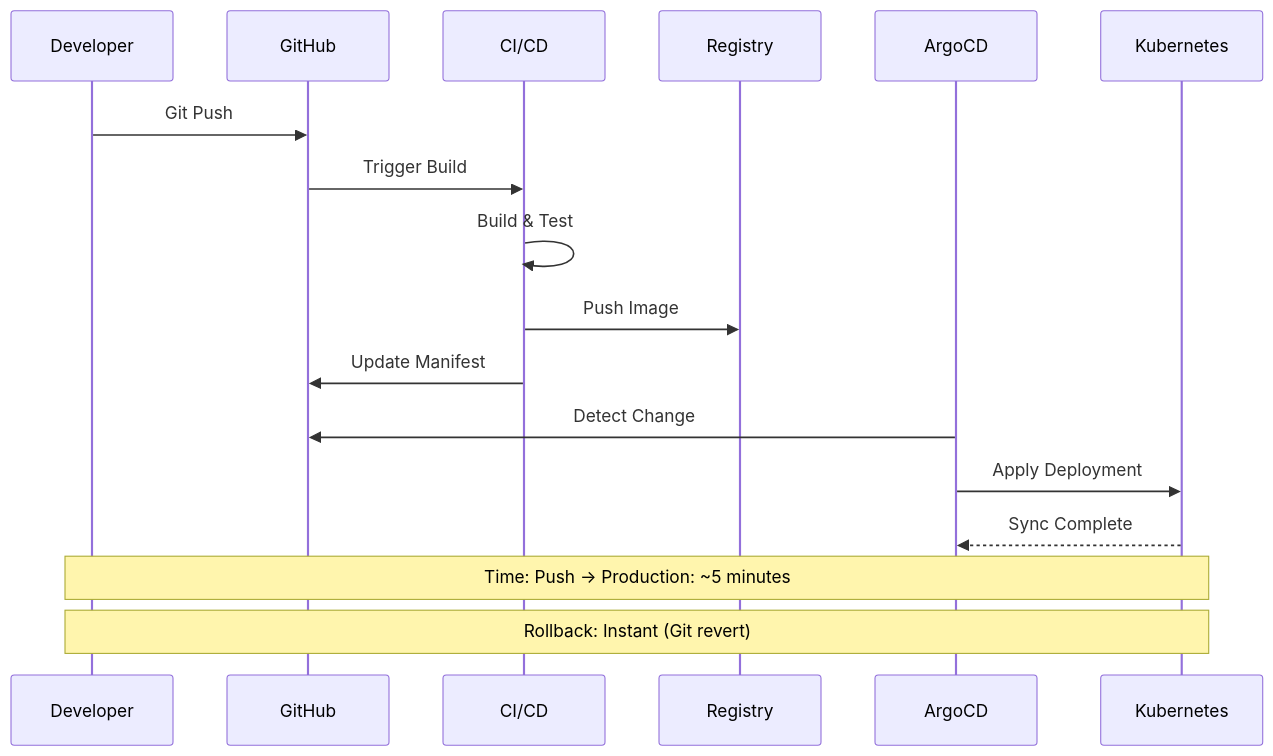
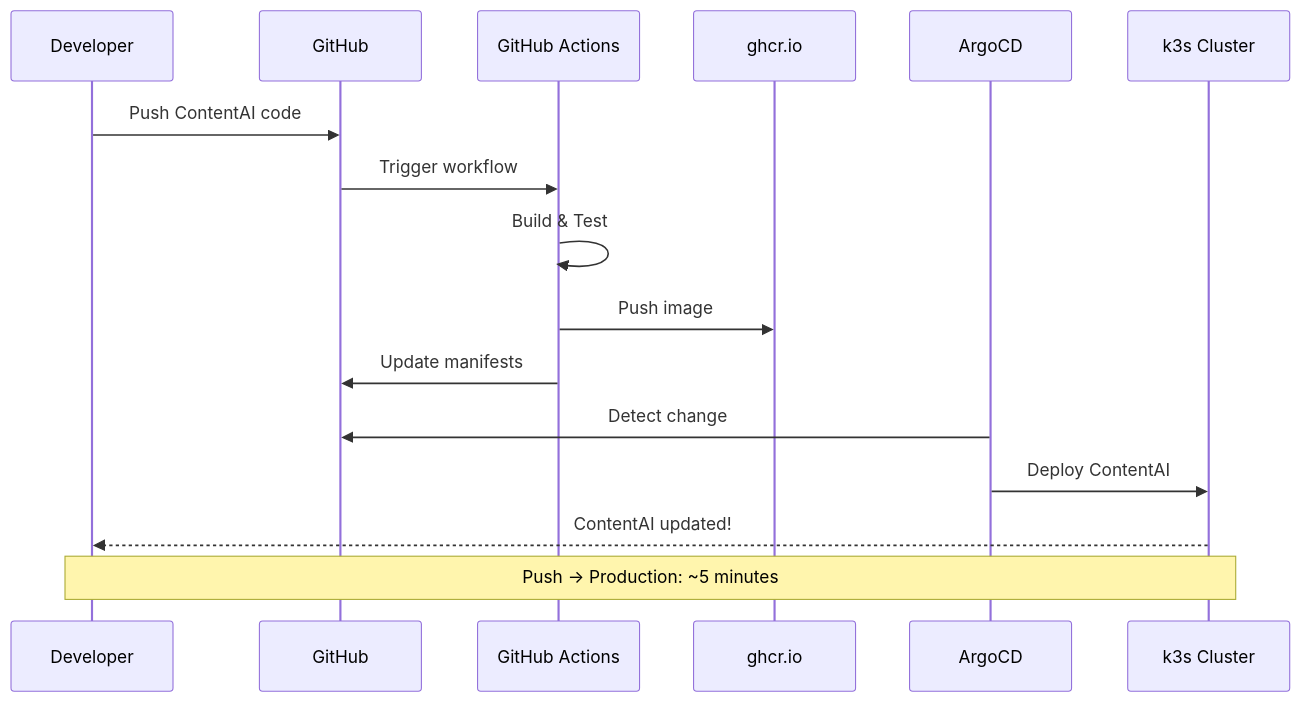
Before and after one commit to PearlThoughtsInternship/Internship-Obsidian-Vault: the sixth of 9 diagrams in DevOps/01-Product/03-Capabilities.md, drawn with Mermaid. The commit also changed other lines of this file and 1 other file, not shown here.

First line of the commit message:
Rewrite Capabilities and Target Architecture with ContentAI focus

````diff
--- a/DevOps/01-Product/03-Capabilities.md
+++ b/DevOps/01-Product/03-Capabilities.md
@@ -71,21 +196,21 @@
 ```mermaid
 sequenceDiagram
     participant Dev as Developer
     participant Git as GitHub
-    participant CI as CI/CD
-    participant Reg as Registry
+    participant CI as GitHub Actions
+    participant Reg as ghcr.io
     participant Argo as ArgoCD
-    participant K8s as Kubernetes
+    participant K8s as k3s Cluster
 
-    Dev->>Git: Git Push
-    Git->>CI: Trigger Build
+    Dev->>Git: Push ContentAI code
+    Git->>CI: Trigger workflow
     CI->>CI: Build & Test
-    CI->>Reg: Push Image
-    CI->>Git: Update Manifest
-    Argo->>Git: Detect Change
-    Argo->>K8s: Apply Deployment
-    K8s-->>Argo: Sync Complete
+    CI->>Reg: Push image
+    CI->>Git: Update manifests
 
-    Note over Dev,K8s: Time: Push → Production: ~5 minutes
-    Note over Dev,K8s: Rollback: Instant (Git revert)
+    Argo->>Git: Detect change
+    Argo->>K8s: Deploy ContentAI
+    K8s-->>Dev: ContentAI updated!
+
+    Note over Dev,K8s: Push → Production: ~5 minutes
 ```
````
